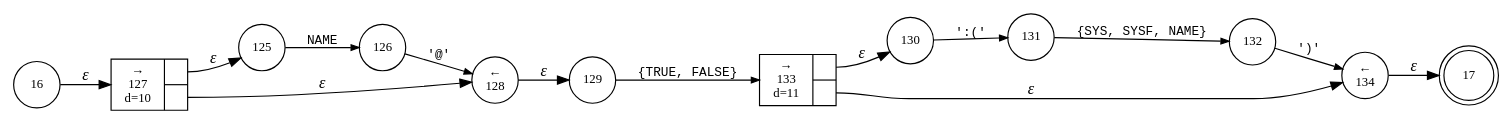
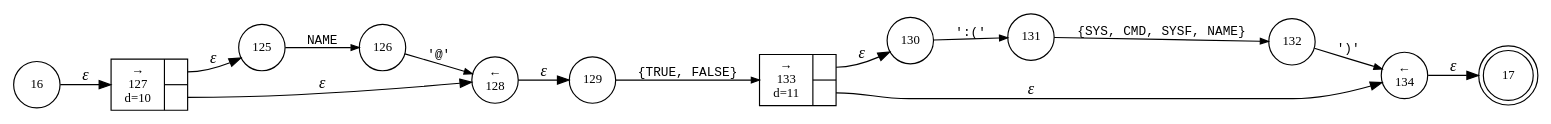
Before and after one commit to vulogov/Bund2: the diagram in internal/parser/Bund.boolean_term.dot, drawn with Graphviz. The commit also changed 24 other files, not shown here.

```diff
--- a/internal/parser/Bund.boolean_term.dot
+++ b/internal/parser/Bund.boolean_term.dot
@@ -1,28 +1,28 @@
 digraph ATN {
 rankdir=LR;
 s17[fontsize=11, label="17", shape=doublecircle, fixedsize=true, width=.6];
 s16[fontsize=11,label="16", shape=circle, fixedsize=true, width=.55, peripheries=1];
 s128[fontsize=11,label="&larr;\n128", shape=circle, fixedsize=true, width=.55, peripheries=1];
 s129[fontsize=11,label="129", shape=circle, fixedsize=true, width=.55, peripheries=1];
 s130[fontsize=11,label="130", shape=circle, fixedsize=true, width=.55, peripheries=1];
 s131[fontsize=11,label="131", shape=circle, fixedsize=true, width=.55, peripheries=1];
 s132[fontsize=11,label="132", shape=circle, fixedsize=true, width=.55, peripheries=1];
 s133[fontsize=11,label="{&rarr;\n133\nd=11|{<p0>|<p1>}}", shape=record, fixedsize=false, peripheries=1];
 s134[fontsize=11,label="&larr;\n134", shape=circle, fixedsize=true, width=.55, peripheries=1];
 s125[fontsize=11,label="125", shape=circle, fixedsize=true, width=.55, peripheries=1];
 s126[fontsize=11,label="126", shape=circle, fixedsize=true, width=.55, peripheries=1];
 s127[fontsize=11,label="{&rarr;\n127\nd=10|{<p0>|<p1>}}", shape=record, fixedsize=false, peripheries=1];
 s16 -> s127 [fontname="Times-Italic", label="&epsilon;"];
 s127:p0 -> s125 [fontname="Times-Italic", label="&epsilon;"];
 s127:p1 -> s128 [fontname="Times-Italic", label="&epsilon;"];
 s125 -> s126 [fontsize=11, fontname="Courier", arrowsize=.7, label = "NAME", arrowhead = normal];
 s128 -> s129 [fontname="Times-Italic", label="&epsilon;"];
 s126 -> s128 [fontsize=11, fontname="Courier", arrowsize=.7, label = "'@'", arrowhead = normal];
 s129 -> s133 [fontsize=11, fontname="Courier", arrowsize=.7, label = "{TRUE, FALSE}", arrowhead = normal];
 s133:p0 -> s130 [fontname="Times-Italic", label="&epsilon;"];
 s133:p1 -> s134 [fontname="Times-Italic", label="&epsilon;"];
 s130 -> s131 [fontsize=11, fontname="Courier", arrowsize=.7, label = "':('", arrowhead = normal];
 s134 -> s17 [fontname="Times-Italic", label="&epsilon;"];
-s131 -> s132 [fontsize=11, fontname="Courier", arrowsize=.7, label = "{SYS, SYSF, NAME}", arrowhead = normal];
+s131 -> s132 [fontsize=11, fontname="Courier", arrowsize=.7, label = "{SYS, CMD, SYSF, NAME}", arrowhead = normal];
 s132 -> s134 [fontsize=11, fontname="Courier", arrowsize=.7, label = "')'", arrowhead = normal];
 }
```
